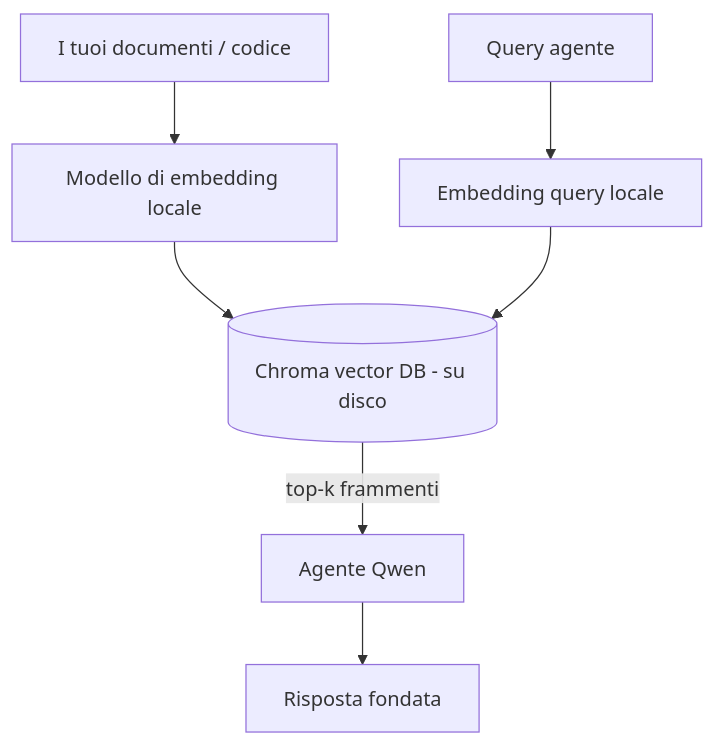
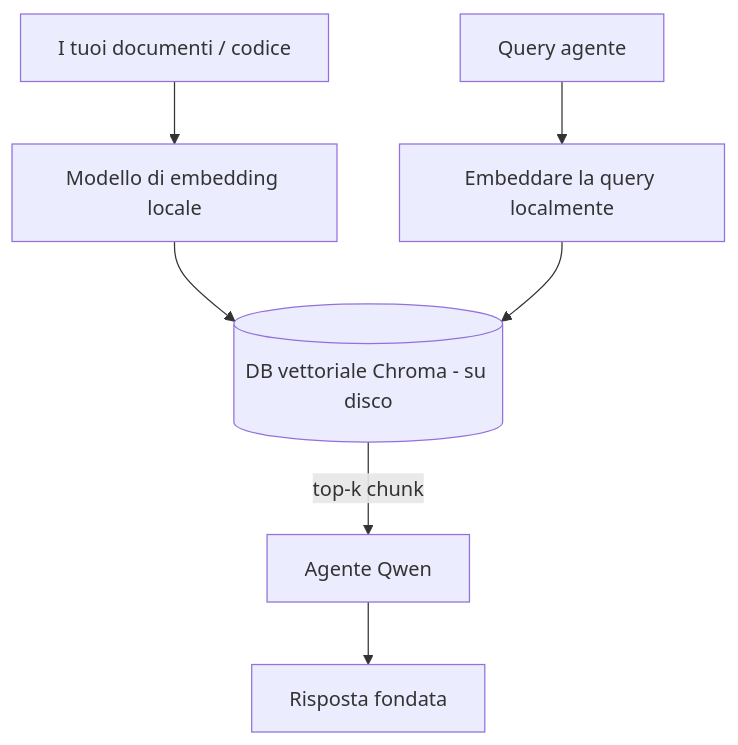
Before and after one commit to gabrielmoreira/agent-skills-mirror: the third of 4 diagrams in mirrors/repos/microsoft@ai-agents-for-beginners/translations/it/17-creating-local-ai-agents/README.md, drawn with Mermaid. The commit also changed other lines of this file and 4262 other files, not shown here.

````diff
--- a/mirrors/repos/microsoft@ai-agents-for-beginners/translations/it/17-creating-local-ai-agents/README.md
+++ b/mirrors/repos/microsoft@ai-agents-for-beginners/translations/it/17-creating-local-ai-agents/README.md
@@ -125,9 +125,9 @@
 ```mermaid
 flowchart TB
     D[I tuoi documenti / codice] --> E[Modello di embedding locale]
-    E --> V[(Chroma vector DB - su disco)]
-    Q[Query agente] --> QE[Embedding query locale]
+    E --> V[(DB vettoriale Chroma - su disco)]
+    Q[Query agente] --> QE[Embeddare la query localmente]
     QE --> V
-    V -->|top-k frammenti| A[Agente Qwen]
+    V -->|top-k chunk| A[Agente Qwen]
     A --> Ans[Risposta fondata]
 ```
````
